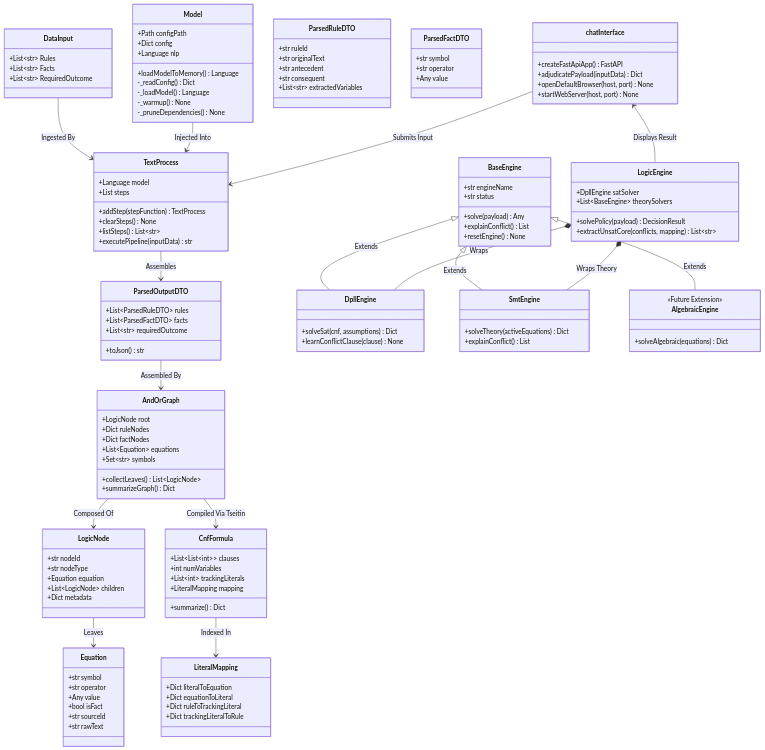
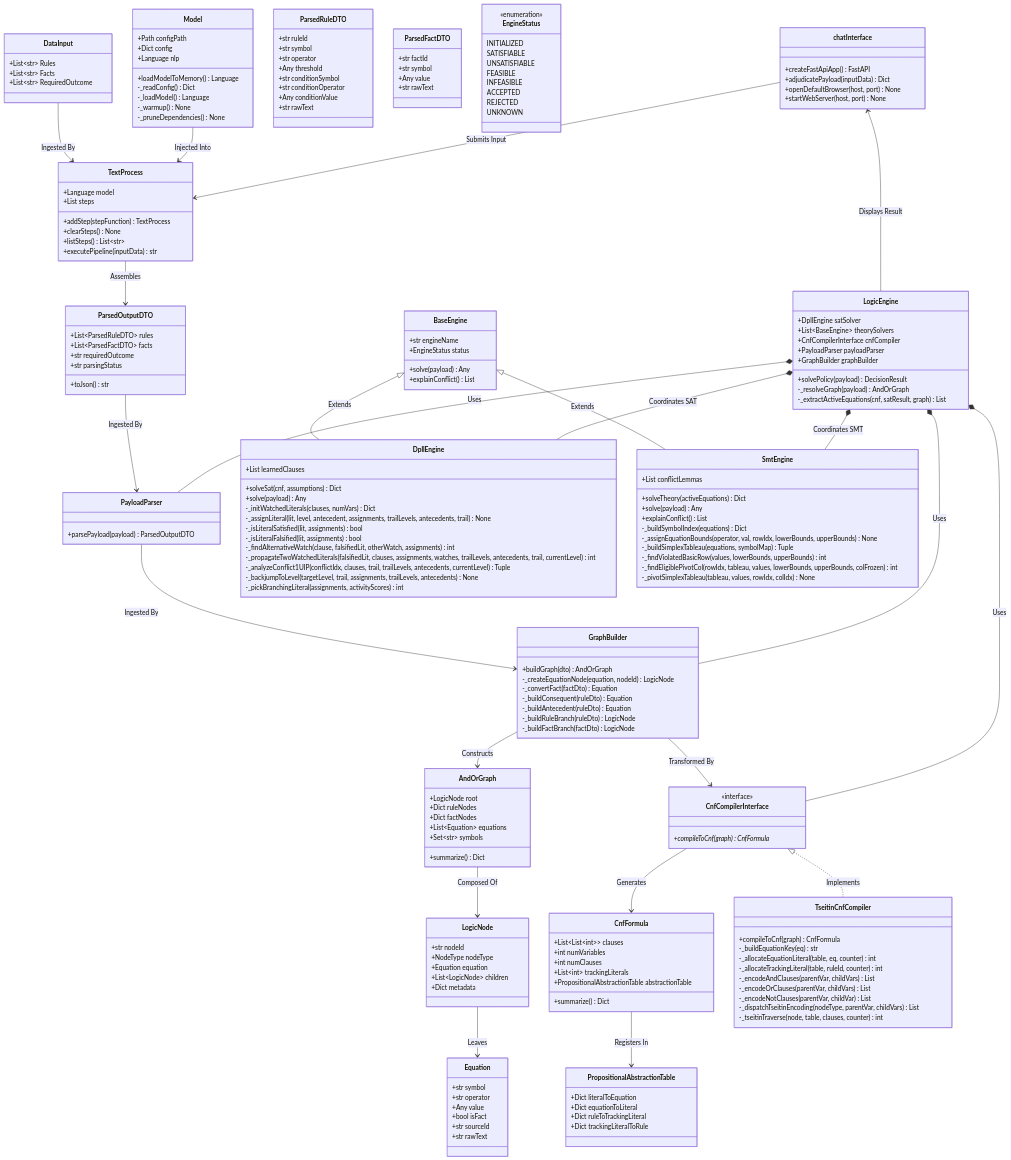
The diagram in Architecture/ComponentDiagram.md (Kraftpaket-bibliothek/Shiva), drawn with Mermaid before and after one commit. The commit also changed 8 other files, not shown here.

Commit message:
I have made a couple of architectural changes in how the code must look. I still need to scrutinize it further, and make it much simpler. We can delete more lines of code from the Logic Engine.

````diff
--- a/Architecture/ComponentDiagram.md
+++ b/Architecture/ComponentDiagram.md
@@ -25,22 +25,27 @@
 
     class ParsedRuleDTO {
         +str ruleId
-        +str originalText
-        +str antecedent
-        +str consequent
-        +List~str~ extractedVariables
+        +str symbol
+        +str operator
+        +Any threshold
+        +str conditionSymbol
+        +str conditionOperator
+        +Any conditionValue
+        +str rawText
     }
 
     class ParsedFactDTO {
+        +str factId
         +str symbol
-        +str operator
         +Any value
+        +str rawText
     }
 
     class ParsedOutputDTO {
         +List~ParsedRuleDTO~ rules
         +List~ParsedFactDTO~ facts
-        +List~str~ requiredOutcome
+        +str requiredOutcome
+        +str parsingStatus
         +toJson() str
     }
 
@@ -51,6 +56,10 @@
         +clearSteps() None
         +listSteps() List~str~
         +executePipeline(inputData) str
+    }
+
+    class PayloadParser {
+        +parsePayload(payload) ParsedOutputDTO
     }
 
     class Equation {
@@ -64,7 +73,7 @@
 
     class LogicNode {
         +str nodeId
-        +str nodeType
+        +NodeType nodeType
         +Equation equation
         +List~LogicNode~ children
         +Dict metadata
@@ -76,53 +85,108 @@
         +Dict factNodes
         +List~Equation~ equations
         +Set~str~ symbols
-        +collectLeaves() List~LogicNode~
-        +summarizeGraph() Dict
-    }
-
-    class CnfFormula {
-        +List~List~int~~ clauses
-        +int numVariables
-        +List~int~ trackingLiterals
-        +LiteralMapping mapping
         +summarize() Dict
     }
 
-    class LiteralMapping {
+    class GraphBuilder {
+        +buildGraph(dto) AndOrGraph
+        -_createEquationNode(equation, nodeId) LogicNode
+        -_convertFact(factDto) Equation
+        -_buildConsequent(ruleDto) Equation
+        -_buildAntecedent(ruleDto) Equation
+        -_buildRuleBranch(ruleDto) LogicNode
+        -_buildFactBranch(factDto) LogicNode
+    }
+
+    class PropositionalAbstractionTable {
         +Dict literalToEquation
         +Dict equationToLiteral
         +Dict ruleToTrackingLiteral
         +Dict trackingLiteralToRule
     }
 
+    class CnfFormula {
+        +List~List~int~~ clauses
+        +int numVariables
+        +int numClauses
+        +List~int~ trackingLiterals
+        +PropositionalAbstractionTable abstractionTable
+        +summarize() Dict
+    }
+
+    class CnfCompilerInterface {
+        <<interface>>
+        +compileToCnf(graph) CnfFormula*
+    }
+
+    class TseitinCnfCompiler {
+        +compileToCnf(graph) CnfFormula
+        -_buildEquationKey(eq) str
+        -_allocateEquationLiteral(table, eq, counter) int
+        -_allocateTrackingLiteral(table, ruleId, counter) int
+        -_encodeAndClauses(parentVar, childVars) List
+        -_encodeOrClauses(parentVar, childVars) List
+        -_encodeNotClauses(parentVar, childVar) List
+        -_dispatchTseitinEncoding(nodeType, parentVar, childVars) List
+        -_tseitinTraverse(node, table, clauses, counter) int
+    }
+
+    class EngineStatus {
+        <<enumeration>>
+        INITIALIZED
+        SATISFIABLE
+        UNSATISFIABLE
+        FEASIBLE
+        INFEASIBLE
+        ACCEPTED
+        REJECTED
+        UNKNOWN
+    }
+
     class BaseEngine {
         +str engineName
-        +str status
+        +EngineStatus status
         +solve(payload) Any
         +explainConflict() List
-        +resetEngine() None
     }
 
     class DpllEngine {
+        +List learnedClauses
         +solveSat(cnf, assumptions) Dict
-        +learnConflictClause(clause) None
+        +solve(payload) Any
+        -_initWatchedLiterals(clauses, numVars) Dict
+        -_assignLiteral(lit, level, antecedent, assignments, trailLevels, antecedents, trail) None
+        -_isLiteralSatisfied(lit, assignments) bool
+        -_isLiteralFalsified(lit, assignments) bool
+        -_findAlternativeWatch(clause, falsifiedLit, otherWatch, assignments) int
+        -_propagateTwoWatchedLiterals(falsifiedLit, clauses, assignments, watches, trailLevels, antecedents, trail, currentLevel) int
+        -_analyzeConflict1UIP(conflictIdx, clauses, trail, trailLevels, antecedents, currentLevel) Tuple
+        -_backjumpToLevel(targetLevel, trail, assignments, trailLevels, antecedents) None
+        -_pickBranchingLiteral(assignments, activityScores) int
     }
 
     class SmtEngine {
+        +List conflictLemmas
         +solveTheory(activeEquations) Dict
+        +solve(payload) Any
         +explainConflict() List
-    }
-
-    class AlgebraicEngine {
-        <<Future Extension>>
-        +solveAlgebraic(equations) Dict
+        -_buildSymbolIndex(equations) Dict
+        -_assignEquationBounds(operator, val, rowIdx, lowerBounds, upperBounds) None
+        -_buildSimplexTableau(equations, symbolMap) Tuple
+        -_findViolatedBasicRow(values, lowerBounds, upperBounds) int
+        -_findEligiblePivotCol(rowIdx, tableau, values, lowerBounds, upperBounds, colFrozen) int
+        -_pivotSimplexTableau(tableau, values, rowIdx, colIdx) None
     }
 
     class LogicEngine {
         +DpllEngine satSolver
         +List~BaseEngine~ theorySolvers
+        +CnfCompilerInterface cnfCompiler
+        +PayloadParser payloadParser
+        +GraphBuilder graphBuilder
         +solvePolicy(payload) DecisionResult
-        +extractUnsatCore(conflicts, mapping) List~str~
+        -_resolveGraph(payload) AndOrGraph
+        -_extractActiveEquations(cnf, satResult, graph) List
     }
 
     class chatInterface {
@@ -135,16 +199,22 @@
     DataInput --> TextProcess : Ingested By
     Model --> TextProcess : Injected Into
     TextProcess --> ParsedOutputDTO : Assembles
-    ParsedOutputDTO --> AndOrGraph : Assembled By
+    ParsedOutputDTO --> PayloadParser : Ingested By
+    PayloadParser --> GraphBuilder : Ingested By
+    GraphBuilder --> AndOrGraph : Constructs
     AndOrGraph --> LogicNode : Composed Of
     LogicNode --> Equation : Leaves
-    AndOrGraph --> CnfFormula : Compiled Via Tseitin
-    CnfFormula --> LiteralMapping : Indexed In
+    CnfCompilerInterface <|.. TseitinCnfCompiler : Implements
+    GraphBuilder --> CnfCompilerInterface : Transformed By
+    CnfCompilerInterface --> CnfFormula : Generates
+    CnfFormula --> PropositionalAbstractionTable : Registers In
     BaseEngine <|-- DpllEngine : Extends
     BaseEngine <|-- SmtEngine : Extends
-    BaseEngine <|-- AlgebraicEngine : Extends
-    LogicEngine *-- DpllEngine : Wraps
-    LogicEngine *-- SmtEngine : Wraps Theory
+    LogicEngine *-- DpllEngine : Coordinates SAT
+    LogicEngine *-- SmtEngine : Coordinates SMT
+    LogicEngine *-- CnfCompilerInterface : Uses
+    LogicEngine *-- PayloadParser : Uses
+    LogicEngine *-- GraphBuilder : Uses
     chatInterface --> TextProcess : Submits Input
     chatInterface <-- LogicEngine : Displays Result
 ```
````
